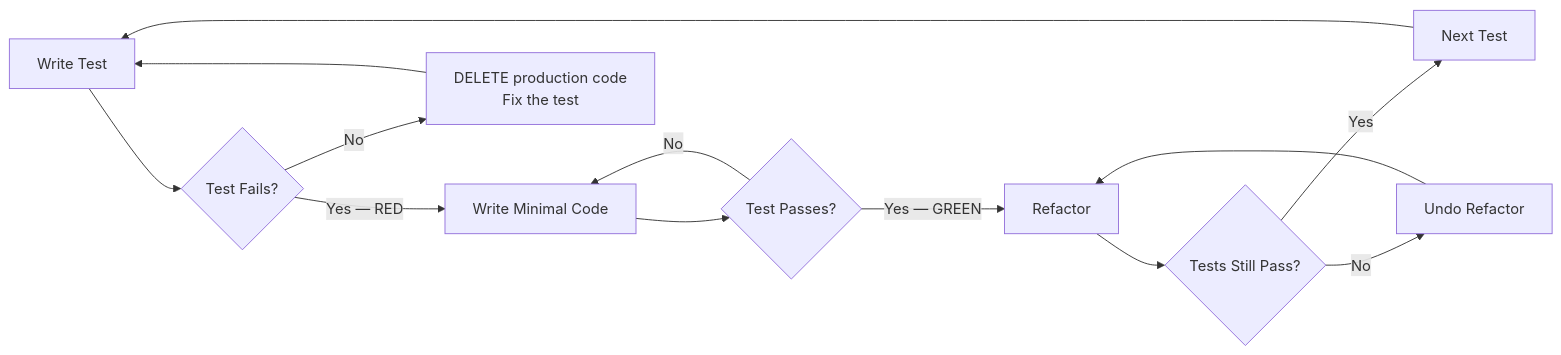
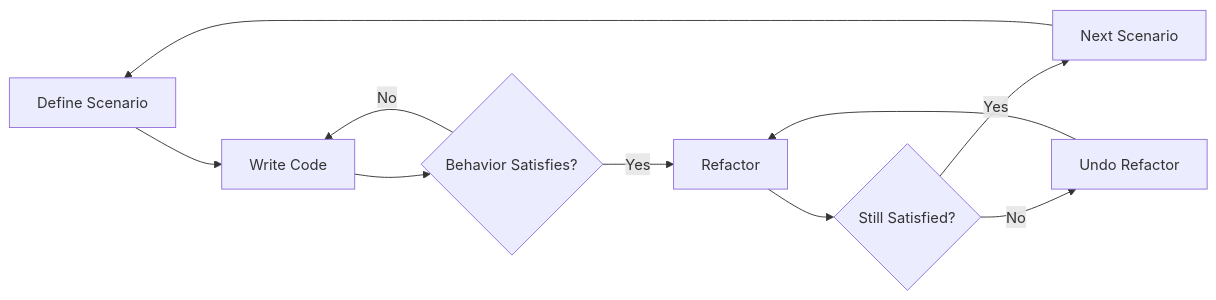
Before and after one commit to Dario-Arcos/ai-framework: the diagram in skills/scenario-driven-development/SKILL.md, drawn with Mermaid. The commit also changed other lines of this file and 31 other files, not shown here.

````diff
--- a/skills/scenario-driven-development/SKILL.md
+++ b/skills/scenario-driven-development/SKILL.md
@@ -43,15 +74,12 @@
 ```mermaid
 graph LR
-    A[Write Test] --> B{Test Fails?}
-    B -->|Yes — RED| C[Write Minimal Code]
-    B -->|No| D[DELETE production code<br/>Fix the test]
-    D --> A
-    C --> E{Test Passes?}
-    E -->|Yes — GREEN| F[Refactor]
-    E -->|No| C
-    F --> G{Tests Still Pass?}
-    G -->|Yes| H[Next Test]
-    G -->|No| I[Undo Refactor]
-    I --> F
-    H --> A
+    A[Define Scenario] --> B[Write Code]
+    B --> C{Behavior Satisfies?}
+    C -->|No| B
+    C -->|Yes| D[Refactor]
+    D --> E{Still Satisfied?}
+    E -->|Yes| F[Next Scenario]
+    E -->|No| G[Undo Refactor]
+    G --> D
+    F --> A
 ```
````
